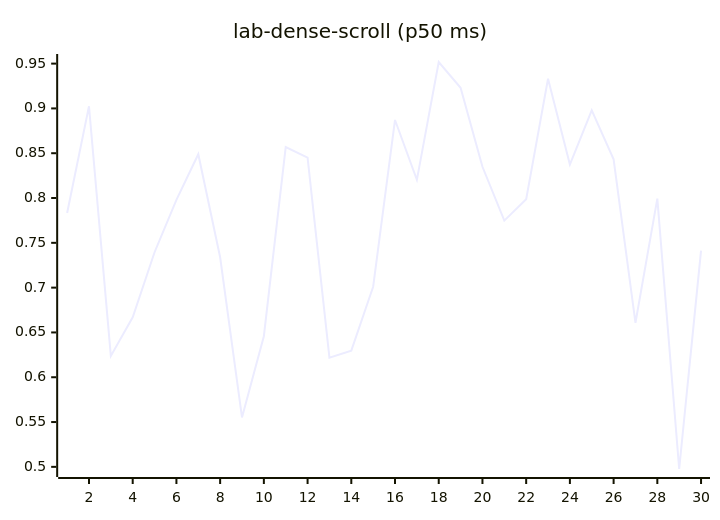
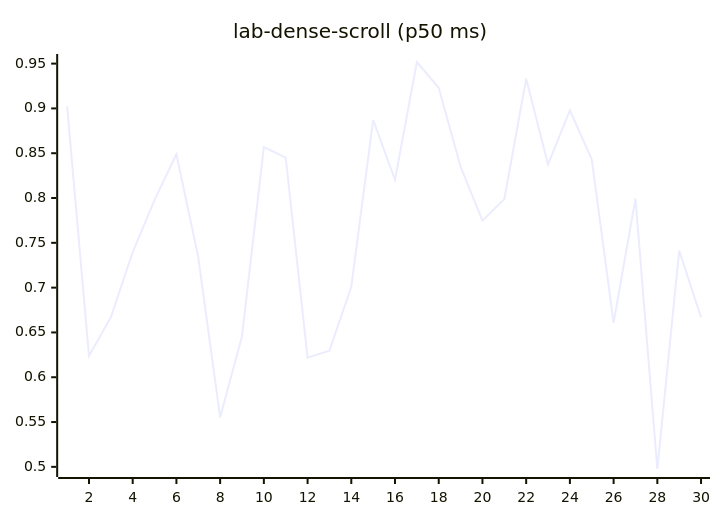
Before and after one commit to josha/Facet: diagram 12 of 27 in README.md, drawn with Mermaid. The commit also changed other lines of this file and 2 other files, not shown here.

````diff
--- a/README.md
+++ b/README.md
@@ -140,6 +140,6 @@
 ```mermaid
 xychart-beta
     title "lab-dense-scroll (p50 ms)"
     x-axis 1 --> 30
-    line [0.7833, 0.9024, 0.6238, 0.6669, 0.7395, 0.7979, 0.8489, 0.7339, 0.5552, 0.6458, 0.8568, 0.8450, 0.6219, 0.6297, 0.7010, 0.8871, 0.8203, 0.9518, 0.9230, 0.8349, 0.7748, 0.7987, 0.9331, 0.8374, 0.8979, 0.8432, 0.6608, 0.7993, 0.4976, 0.7412]
+    line [0.9024, 0.6238, 0.6669, 0.7395, 0.7979, 0.8489, 0.7339, 0.5552, 0.6458, 0.8568, 0.8450, 0.6219, 0.6297, 0.7010, 0.8871, 0.8203, 0.9518, 0.9230, 0.8349, 0.7748, 0.7987, 0.9331, 0.8374, 0.8979, 0.8432, 0.6608, 0.7993, 0.4976, 0.7412, 0.6669]
 ```
````
